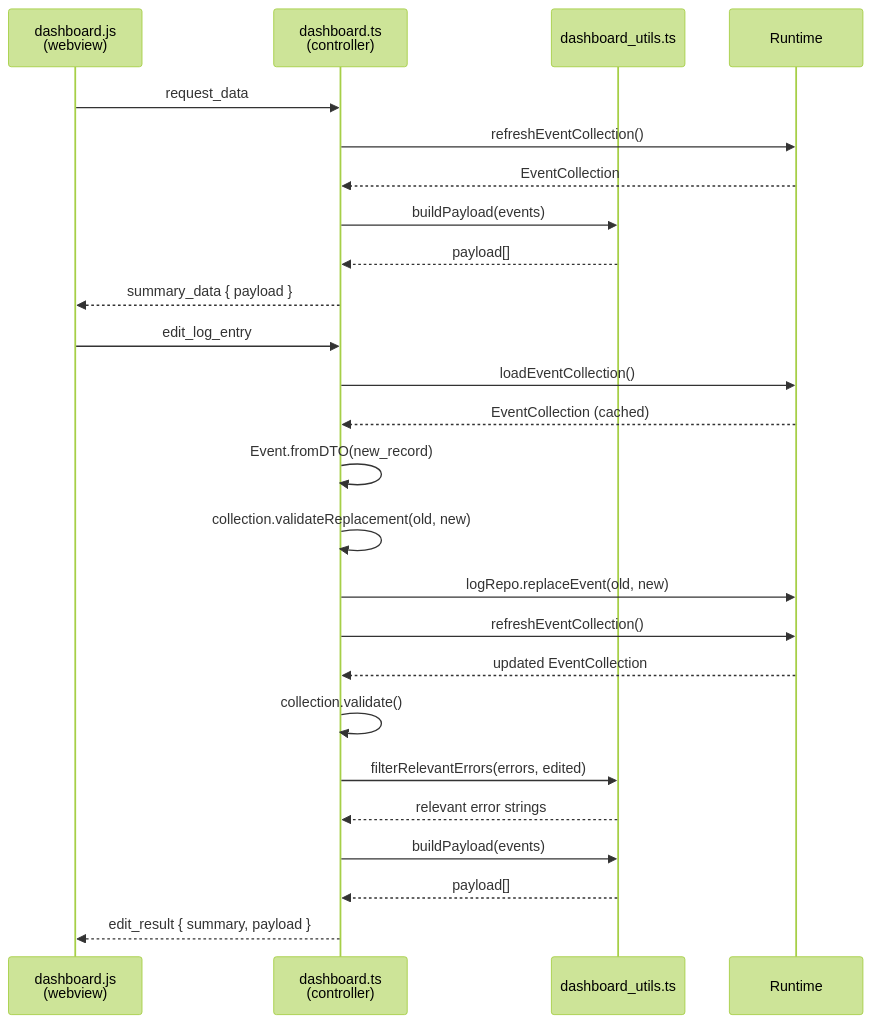
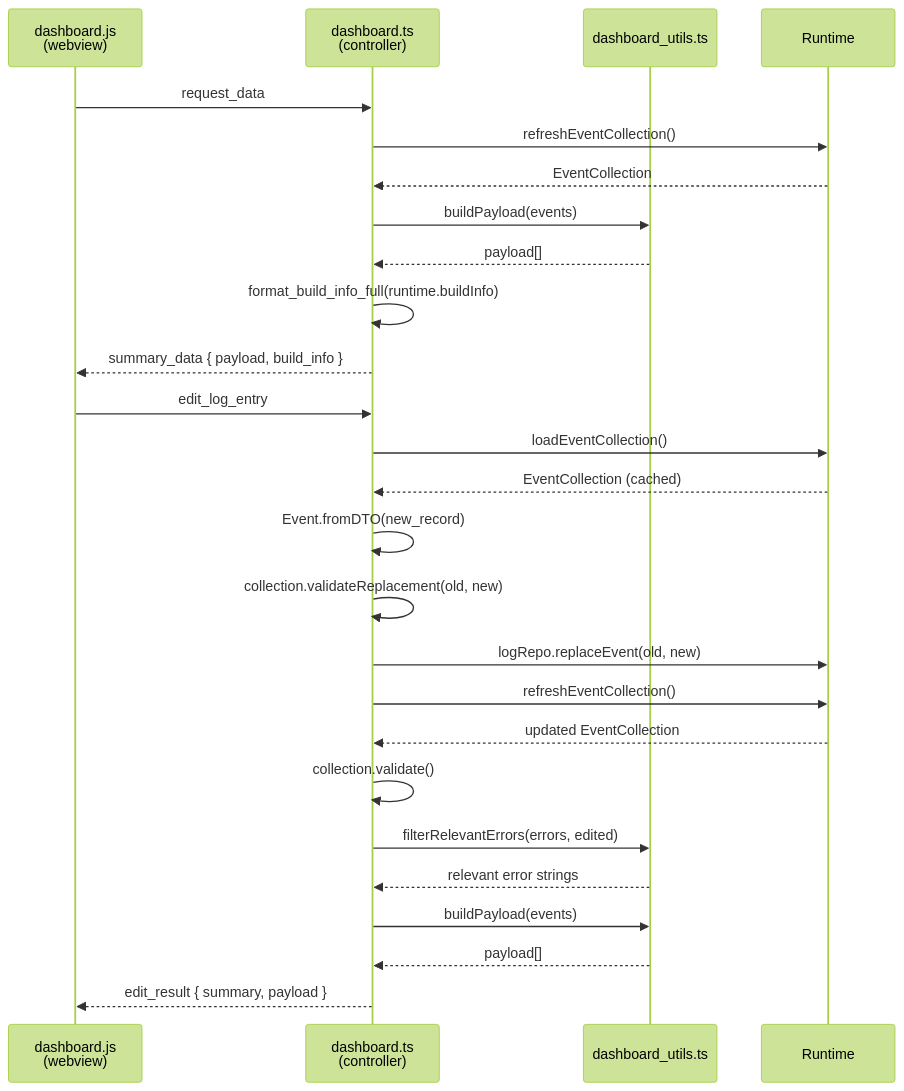
Before and after one commit to Heliman84/timescope: the seventh of 8 diagrams in docs/processes.md, drawn with Mermaid (forest theme). The commit also changed other lines of this file and 16 other files, not shown here.

First line of the commit message:
Add build info: buildinfo.json, Show Build Info command, dashboard footer, version-bump policy

````diff
--- a/docs/processes.md
+++ b/docs/processes.md
@@ -348,29 +349,30 @@
 ```mermaid
 sequenceDiagram
     participant WV as dashboard.js<br>(webview)
     participant Ctrl as dashboard.ts<br>(controller)
     participant Utils as dashboard_utils.ts
     participant RT as Runtime
 
     WV->>Ctrl: request_data
     Ctrl->>RT: refreshEventCollection()
     RT-->>Ctrl: EventCollection
     Ctrl->>Utils: buildPayload(events)
     Utils-->>Ctrl: payload[]
-    Ctrl-->>WV: summary_data { payload }
+    Ctrl->>Ctrl: format_build_info_full(runtime.buildInfo)
+    Ctrl-->>WV: summary_data { payload, build_info }
 
     WV->>Ctrl: edit_log_entry
     Ctrl->>RT: loadEventCollection()
     RT-->>Ctrl: EventCollection (cached)
     Ctrl->>Ctrl: Event.fromDTO(new_record)
     Ctrl->>Ctrl: collection.validateReplacement(old, new)
     Ctrl->>RT: logRepo.replaceEvent(old, new)
     Ctrl->>RT: refreshEventCollection()
     RT-->>Ctrl: updated EventCollection
     Ctrl->>Ctrl: collection.validate()
     Ctrl->>Utils: filterRelevantErrors(errors, edited)
     Utils-->>Ctrl: relevant error strings
     Ctrl->>Utils: buildPayload(events)
     Utils-->>Ctrl: payload[]
     Ctrl-->>WV: edit_result { summary, payload }
 ```
````
